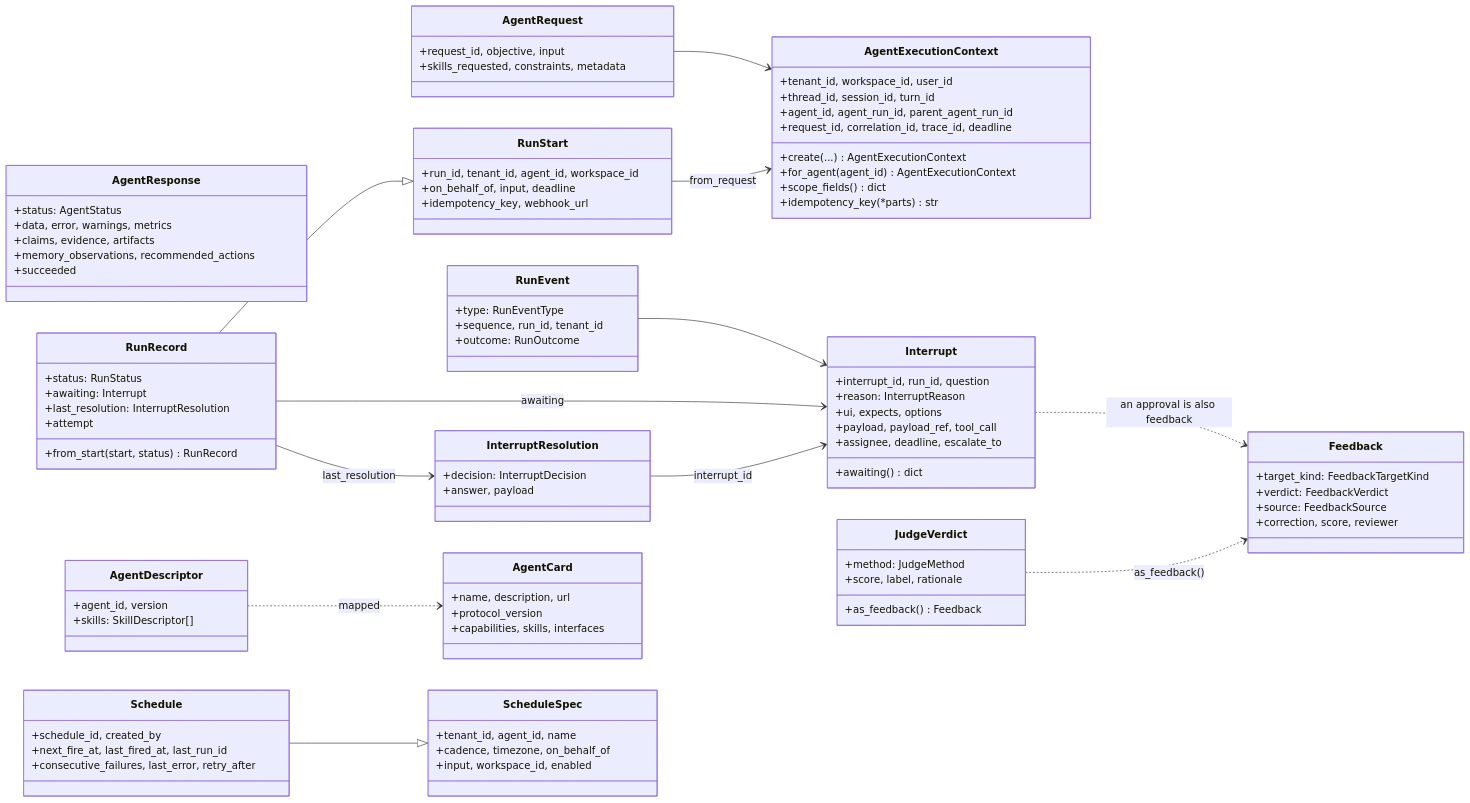
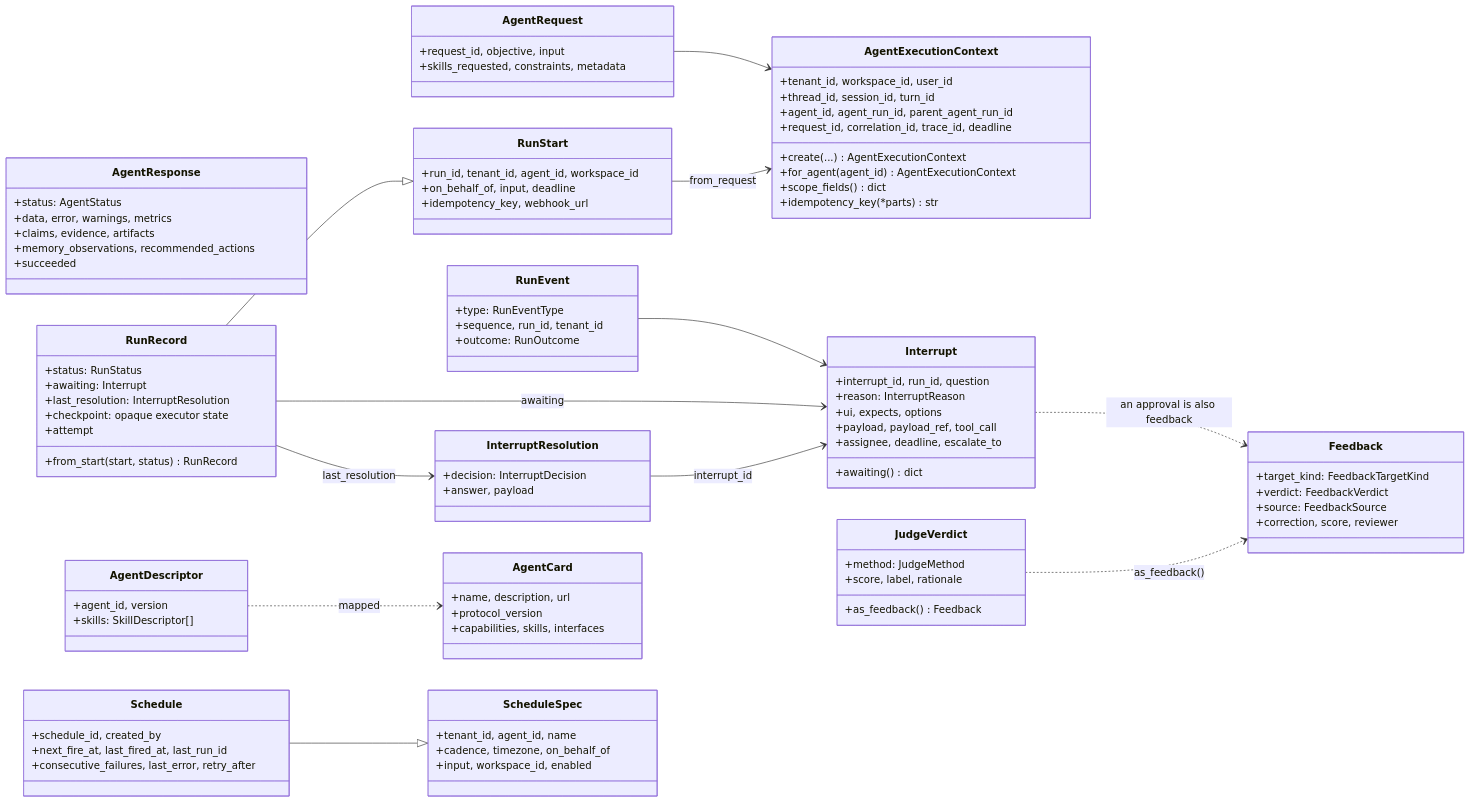
One commit to amitmohapatra/agent-contracts changed the first of 3 diagrams in README.md. Above: the diagram before and after it, drawn with Mermaid. The commit also changed other lines of this file and 4 other files, not shown here.

First line of the commit message:
Runs carry an opaque executor checkpoint across a pause

```diff
--- a/README.md
+++ b/README.md
@@ -64,6 +64,7 @@
     +status: RunStatus
     +awaiting: Interrupt
     +last_resolution: InterruptResolution
+    +checkpoint: opaque executor state
     +attempt
     +from_start(start, status) RunRecord
   }
```
